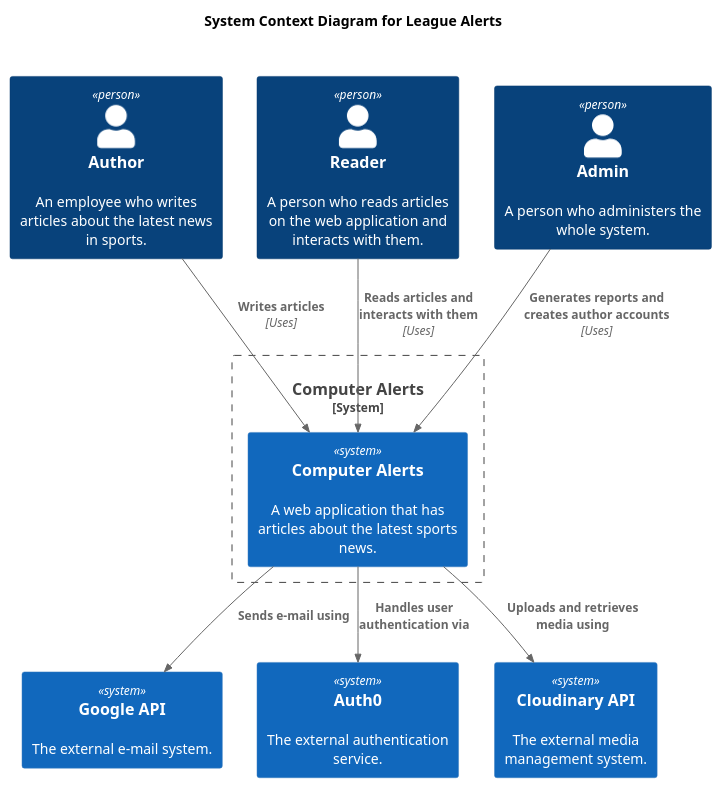
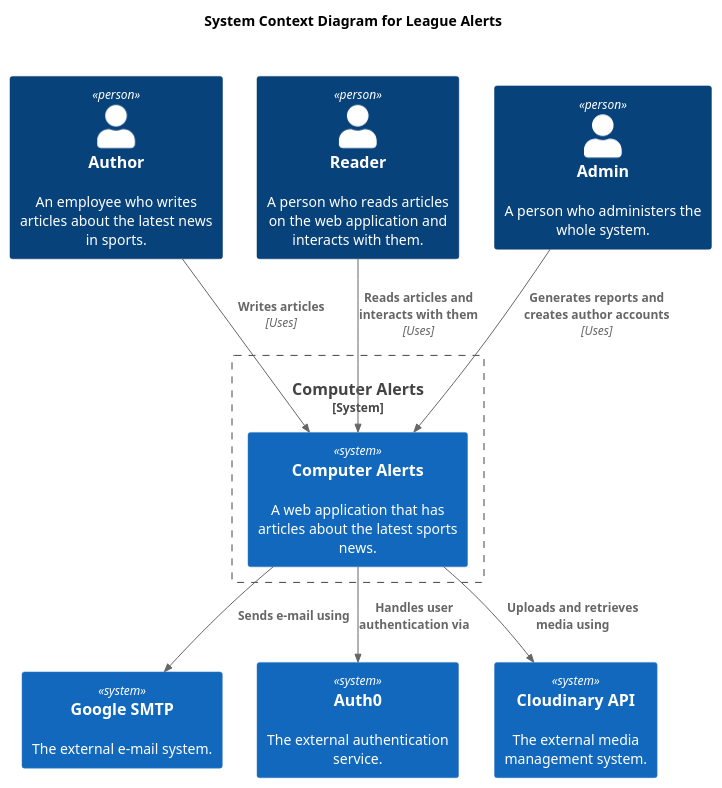
Before and after one commit to Valthefirst/league_alerts-ChamplainECP: the diagram in Diagrams/C4Diagrams/C4L1.puml, drawn with PlantUML. The commit also changed 7 other files, not shown here.

Commit message:
added diagrams

```diff
--- a/Diagrams/C4Diagrams/C4L1.puml
+++ b/Diagrams/C4Diagrams/C4L1.puml
@@ -1,29 +1,29 @@
 @startuml
 !includeurl https://raw.githubusercontent.com/RicardoNiepel/C4-PlantUML/master/C4_Context.puml
 
 title System Context Diagram for League Alerts
 
 Person(employee, "Author", "An employee who writes articles about the latest news in sports.")
 Person(user, "Reader", "A person who reads articles on the web application and interacts with them.")
 Person(admin, "Admin", "A person who administers the whole system.")
 
 System_Boundary(computerAlerts, "Computer Alerts") {
     System(sys, "Computer Alerts", "A web application that has articles about the latest sports news.")
 }
 
-System(mailing, "Google API", "The external e-mail system.")
+System(mailing, "Google SMTP", "The external e-mail system.")
 System(auth, "Auth0", "The external authentication service.")
 System(cloudinary, "Cloudinary API", "The external media management system.")
 
 Rel(employee, sys, "Writes articles", "Uses")
 Rel(user, sys, "Reads articles and interacts with them", "Uses")
 Rel(admin, sys, "Generates reports and creates author accounts", "Uses")
 Rel(sys, mailing, "Sends e-mail using")
 Rel(sys, auth, "Handles user authentication via")
 Rel(sys, cloudinary, "Uploads and retrieves media using")
 
 employee -[hidden]> admin
 user -[hidden]> admin
 
 'SHOW_LEGEND()
 @enduml
```
